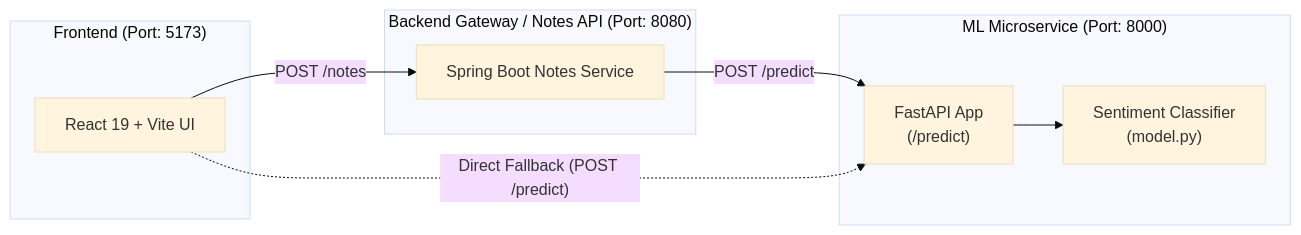
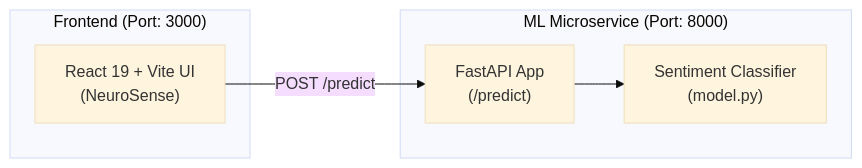
The diagram in README.md (ydv-prince/Sentiment-Analysis), drawn with Mermaid (base theme) before and after one commit. The commit also changed other lines of this file, not shown here.

Commit message:
docs: update architecture diagram and remove legacy API references

````diff
--- a/README.md
+++ b/README.md
@@ -15,20 +15,14 @@
 ```mermaid
 flowchart LR
-    subgraph Client["Frontend (Port: 5173)"]
-        UI["React 19 + Vite UI"]
-    end
-
-    subgraph Backend["Backend Gateway / Notes API (Port: 8080)"]
-        NotesAPI["Spring Boot Notes Service"]
+    subgraph Client["Frontend (Port: 3000)"]
+        UI["React 19 + Vite UI\n(NeuroSense)"]
     end
 
     subgraph MLService["ML Microservice (Port: 8000)"]
         FastAPI["FastAPI App\n(/predict)"]
         Model["Sentiment Classifier\n(model.py)"]
     end
 
-    UI -->|"POST /notes"| NotesAPI
-    NotesAPI -->|"POST /predict"| FastAPI
+    UI -->|"POST /predict"| FastAPI
     FastAPI --> Model
-    UI -.->|"Direct Fallback (POST /predict)"| FastAPI
 ```
````
